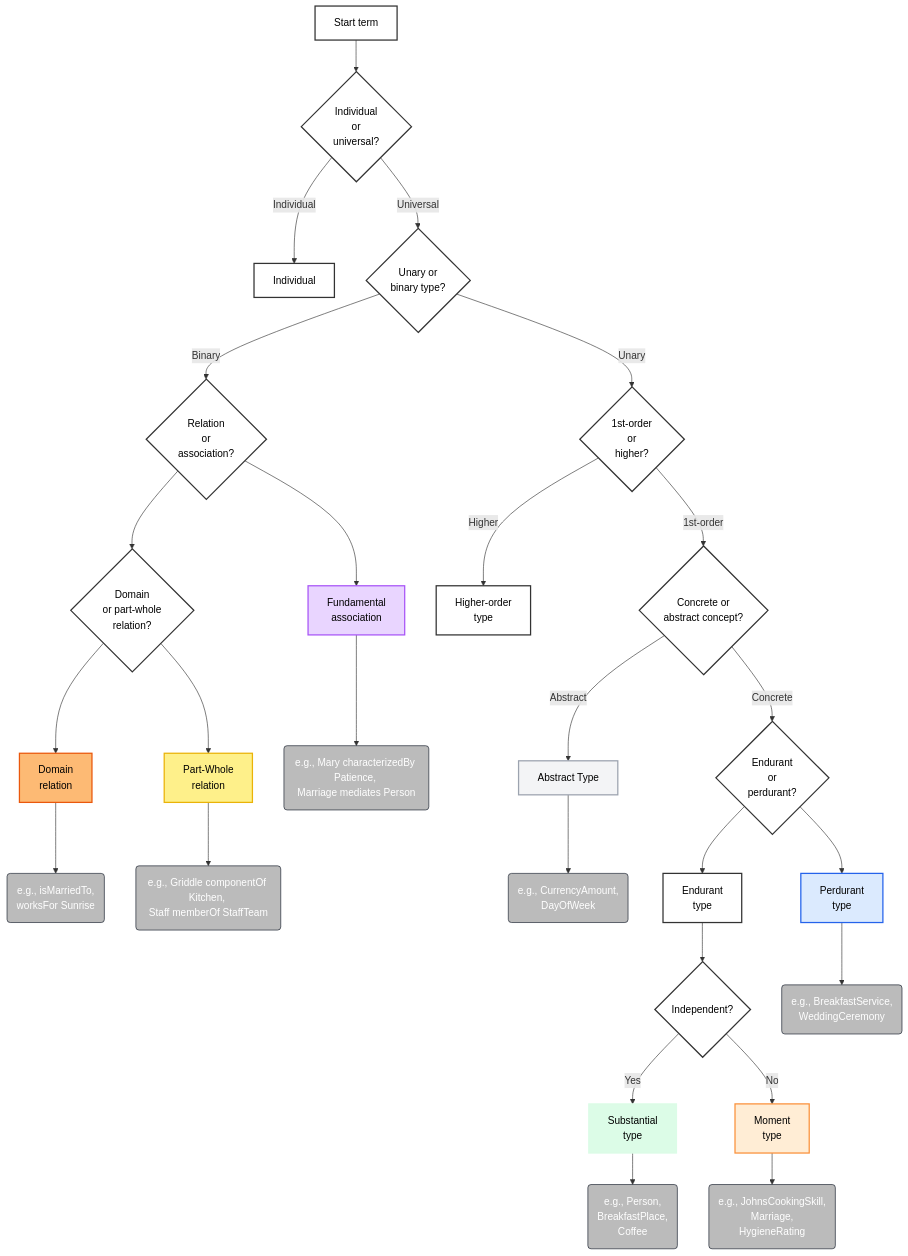
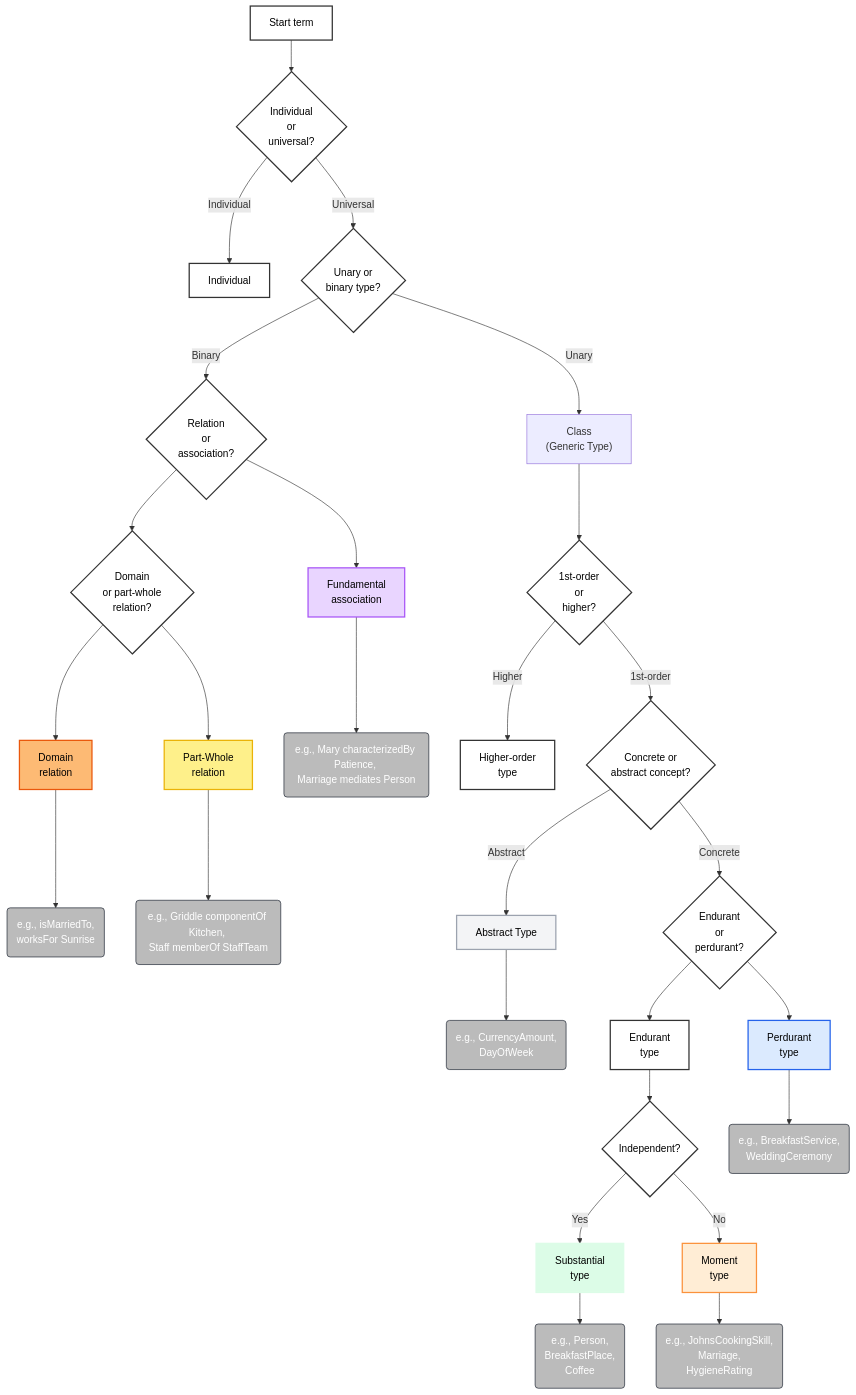
One commit to spdrnl/UFO-Modeling-Decision-Tree changed the diagram in decision-tree/00-Start.mermaid. Above: the diagram before and after it, drawn with Mermaid.

Commit message:
Added class.

```diff
--- a/decision-tree/00-Start.mermaid
+++ b/decision-tree/00-Start.mermaid
@@ -1,75 +1,78 @@
 flowchart TD
     A[Start term] --> B{Individual \nor \nuniversal?}
 
     %% INDIVIDUALS
     B -->|Individual| I[Individual]
 
     %% UNIVERSALS (TYPES)
     B -->|Universal| T0{Unary or \nbinary type?}
 
     %% TYPES – UNARY (CONCEPTS)
-    T0 -->|Unary| U0{1st-order \nor \nhigher?}
+    T0 -->|Unary| CLS["Class\n(Generic Type)"]
+    CLS --> U0{1st-order \nor \nhigher?}
+
+    %% Binary types
     T0 -->|Binary| R0{"Relation\nor\nassociation?"}
 
     R0 --> TR1{"Domain \nor part-whole \nrelation?"}
     TR1 --> TDR[Domain \nrelation]
     TR1 --> TPW[Part-Whole \nrelation]
     R0 --> TFA[Fundamental \nassociation]
 
     TDR --> TDR_ex("e.g., isMarriedTo, \nworksFor Sunrise"):::example
     TPW --> TPW_ex("e.g., Griddle componentOf Kitchen, \nStaff memberOf StaffTeam"):::example
     TFA --> TFA_ex("e.g., Mary characterizedBy Patience, \nMarriage mediates Person"):::example
 
     U0 -->|Higher| UH[Higher-order \ntype]
     U0 -->|1st-order| U1{Concrete or \nabstract concept?}
 
     %% ABSTRACT TYPES
     U1 -->|Abstract| ABST[Abstract Type]
     ABST_ex("e.g., CurrencyAmount, \nDayOfWeek"):::example
     ABST --> ABST_ex
 
     %% CONCRETE TYPES
     U1 -->|Concrete| C0{Endurant \nor \nperdurant?}
 
     C0 --> E0[Endurant \ntype]
     C0 --> P0[Perdurant \ntype]
 
     E0 --> E1{Independent?}
     E1 -->|Yes| S0[Substantial \ntype]
     E1 -->|No| M0[Moment \ntype]
 
     %% EXAMPLES
     P0_ex("e.g., BreakfastService,\nWeddingCeremony"):::example
     P0 --> P0_ex
 
     S0_ex("e.g., Person,\nBreakfastPlace,\nCoffee"):::example
     S0 --> S0_ex
 
     M0_ex("e.g., JohnsCookingSkill,\nMarriage,\nHygieneRating"):::example
     M0 --> M0_ex
 
     %% CLASSES
     classDef example fill:#BBBBBB,stroke:#111827,stroke-width:1px,color:#fff;
     classDef generic fill:#ffffff,stroke:#333,stroke-width:2px,color:#000;
     classDef perdurant fill:#dbeafe,stroke:#2563eb,stroke-width:2px,color:#000;
     classDef substantial fill:#dcfce7,stroke:#dcfce7,stroke-width:2px,color:#000;
     classDef intrinsic fill:#ffedd5,stroke:#fb923c,stroke-width:2px,color:#000;
     classDef relator fill:#fdba74,stroke:#ea580c,stroke-width:2px,color:#000;
     classDef meronymic fill:#fef08a,stroke:#eab308,stroke-width:2px,color:#000;
     classDef fundamental fill:#e9d5ff,stroke:#a855f7,stroke-width:2px,color:#000;
     classDef abstract fill:#f3f4f6,stroke:#9ca3af,stroke-width:2px,color:#000;
 
     %% universal branch class assignments
     class TFA fundamental;
     class TPW meronymic;
     class TDR relator;
 
     %% generic / neutral nodes
     class A,B,T0,U0,U1,UH,E0,E1,R0,TR1,C0 generic;
     class I generic;
 
     %% leaf colors
     class P0 perdurant;
     class S0 substantial;
     class M0 intrinsic;
     class ABST abstract;
```
